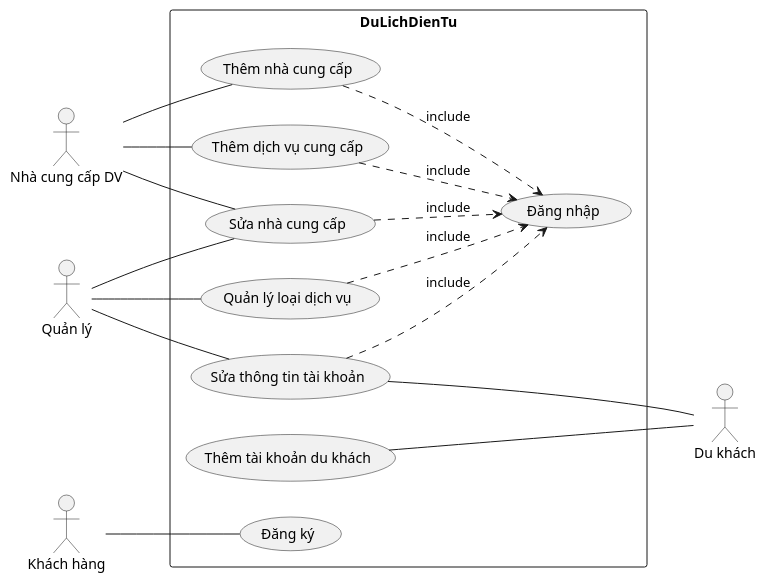
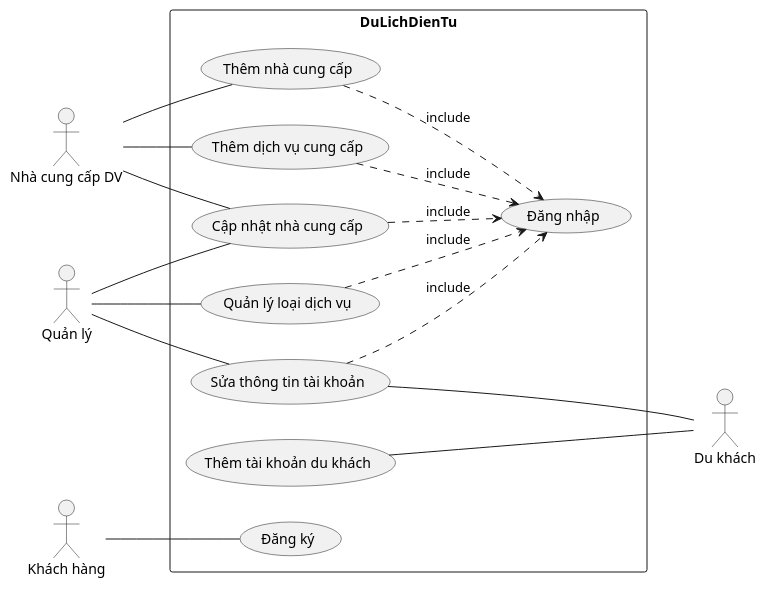
The diagram in PlanUML/UC_TongQuan.puml (TranTan-Dat/LV_DuLichDienTu), drawn with PlantUML before and after one commit.

Commit message:
Cap nhat ten uc

```diff
--- a/PlanUML/UC_TongQuan.puml
+++ b/PlanUML/UC_TongQuan.puml
@@ -1,34 +1,34 @@
 @startuml Hệ Thống Sàn điện tử
 left to right direction
 actor "Nhà cung cấp DV" as NCC
 actor "Quản lý" as QL
 actor "Du khách" as DK
 actor "Khách hàng" as KH
 
 rectangle DuLichDienTu {    
   usecase "Quản lý loại dịch vụ" as LDV
   usecase "Thêm nhà cung cấp" as ThemNCC
-  usecase "Sửa nhà cung cấp" as SuaNCC
+  usecase "Cập nhật nhà cung cấp" as SuaNCC
   usecase "Sửa thông tin tài khoản" as SuaTTTK
   usecase "Thêm tài khoản du khách" as ThemTKDK
   usecase "Thêm dịch vụ cung cấp" as DVCC
   usecase "Đăng ký" as DKy 
   usecase "Đăng nhập"  as DNhap 
   
 }
 QL -- LDV
 QL -- SuaNCC
 QL -- SuaTTTK
 NCC -- ThemNCC
 NCC -- DVCC 
 NCC - SuaNCC
 ThemTKDK --- DK 
 SuaTTTK -- DK
 
 DVCC ..> DNhap : include
 ThemNCC ..> DNhap : include
 LDV ..> DNhap : include
 SuaNCC ..> DNhap : include
 SuaTTTK ..> DNhap : include
 KH -- DKy
 @enduml
```
